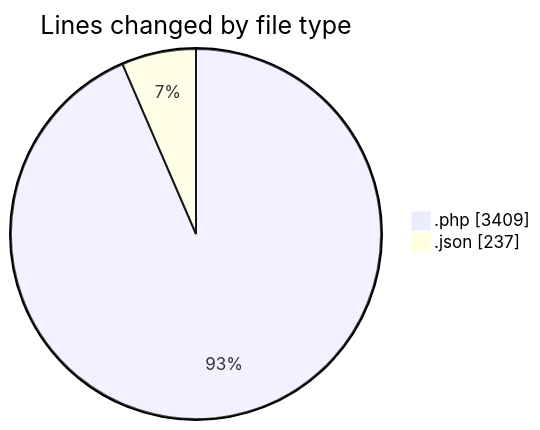
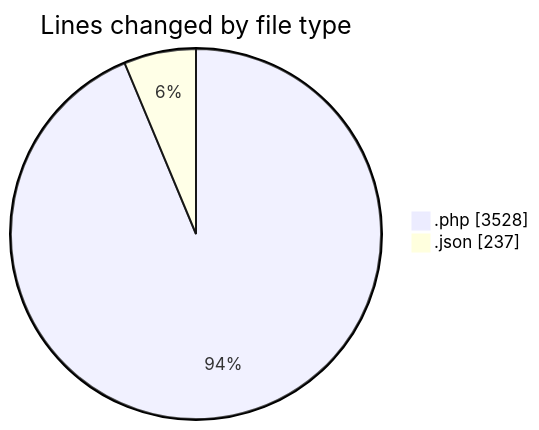
Before and after one commit to idhammustaqopulfikri/code-tracking: the first of 2 diagrams in 2025-06-06/sewa-mobil/README.md, drawn with Mermaid. The commit also changed other lines of this file and 1 other file, not shown here.

````diff
--- a/2025-06-06/sewa-mobil/README.md
+++ b/2025-06-06/sewa-mobil/README.md
@@ -29,6 +30,6 @@
 ```mermaid
 pie showData
 title Lines changed by file type
-".php" : 3409
+".php" : 3528
 ".json" : 237
 ```
````
